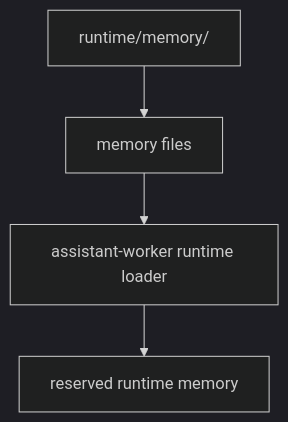
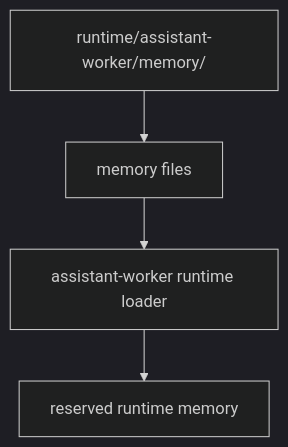
One commit to vinitu/my-concierge changed the second of 7 diagrams in docs/services/assistant-worker.md. Above: the diagram before and after it, drawn with Mermaid (dark theme). The commit also changed other lines of this file and 59 other files, not shown here.

````diff
--- a/docs/services/assistant-worker.md
+++ b/docs/services/assistant-worker.md
@@ -127,6 +128,6 @@
 ```mermaid
 flowchart TD
-    MemoryDir["runtime/memory/"] --> Files["memory files"]
+    MemoryDir["runtime/assistant-worker/memory/"] --> Files["memory files"]
     Files --> Loader["assistant-worker runtime loader"]
     Loader --> Context["reserved runtime memory"]
 ```
````
